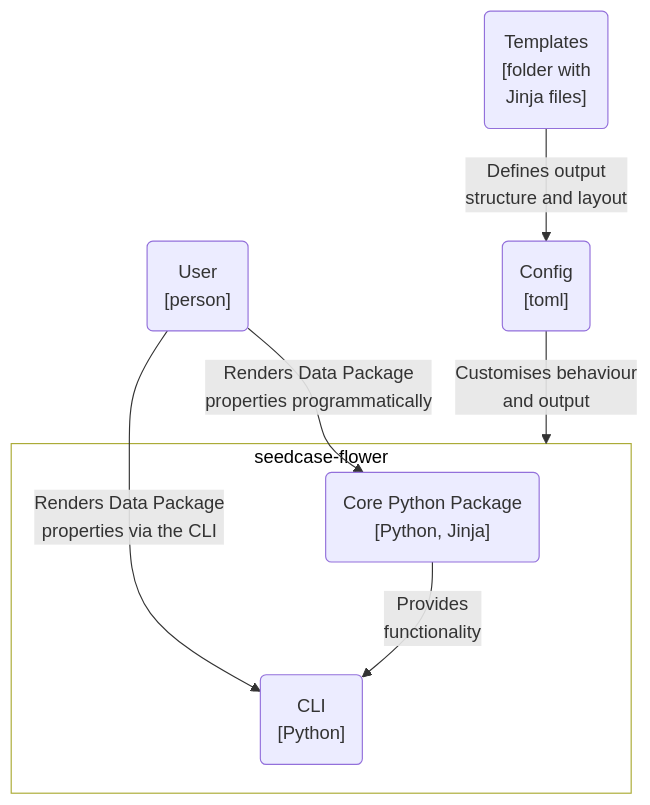
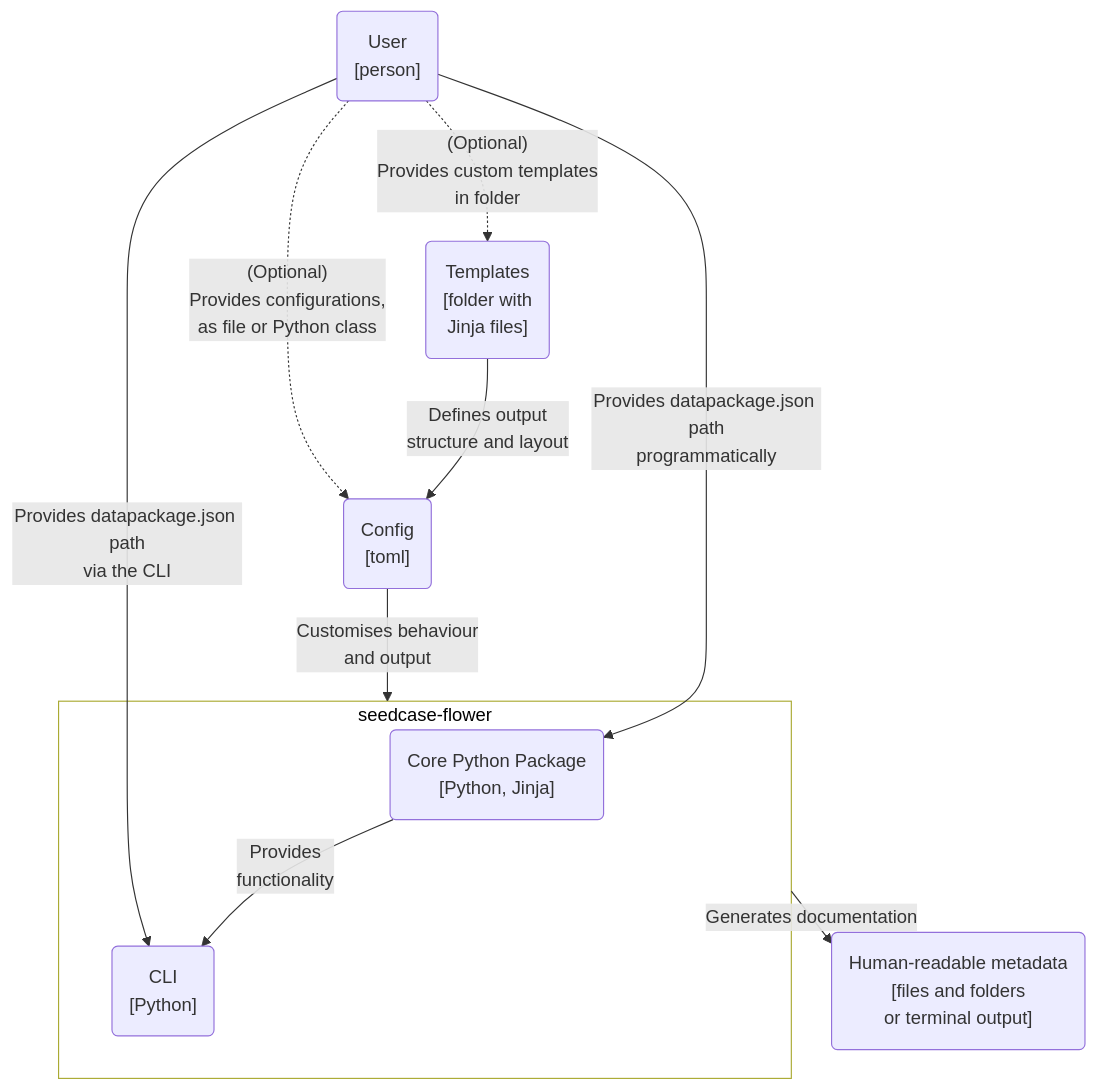
One commit to seedcase-project/seedcase-flower changed the second of 3 diagrams in docs/design/architecture.qmd. Above: the diagram before and after it, drawn with Mermaid. The commit also changed other lines of this file, not shown here.

First line of the commit message:
docs: ✏️  review architecture (#228)

````diff
--- a/docs/design/architecture.qmd
+++ b/docs/design/architecture.qmd
@@ -190,24 +171,29 @@
 ```{mermaid}
 %%| label: fig-c4-container
 %%| fig-cap: "C4 container diagram showing the core Python package in Flower and the command line interface."
-flowchart
+flowchart TD
 
     user("User<br>[person]")
     config("Config<br>[toml]")
     templates("Templates<br>[folder with<br>Jinja files]")
 
     subgraph "seedcase-flower"
         python("Core Python Package<br>[Python, Jinja]")
         cli("CLI<br>[Python]")
 
         python -- "Provides<br>functionality" --> cli
     end
 
+    output("Human-readable metadata<br>[files and folders<br>or terminal output]")
+
     config --"Customises behaviour<br>and output"--> seedcase-flower
     templates --"Defines output<br>structure and layout"--> config
-    user --"Renders Data Package<br>properties programmatically"--> python
-    user -- "Renders Data Package<br>properties via the CLI" --> cli
+    user --"Provides datapackage.json path<br>programmatically"--> python
+    user --"Provides datapackage.json path<br>via the CLI" --> cli
+    user -."(Optional)<br>Provides configurations,<br>as file or Python class".-> config
+    user -."(Optional)<br>Provides custom templates<br>in folder".-> templates
+    seedcase-flower --"Generates documentation"--> output
 
     %% Styling
     style seedcase-flower fill:#FFFFFF, color:#000000
 ```
````
